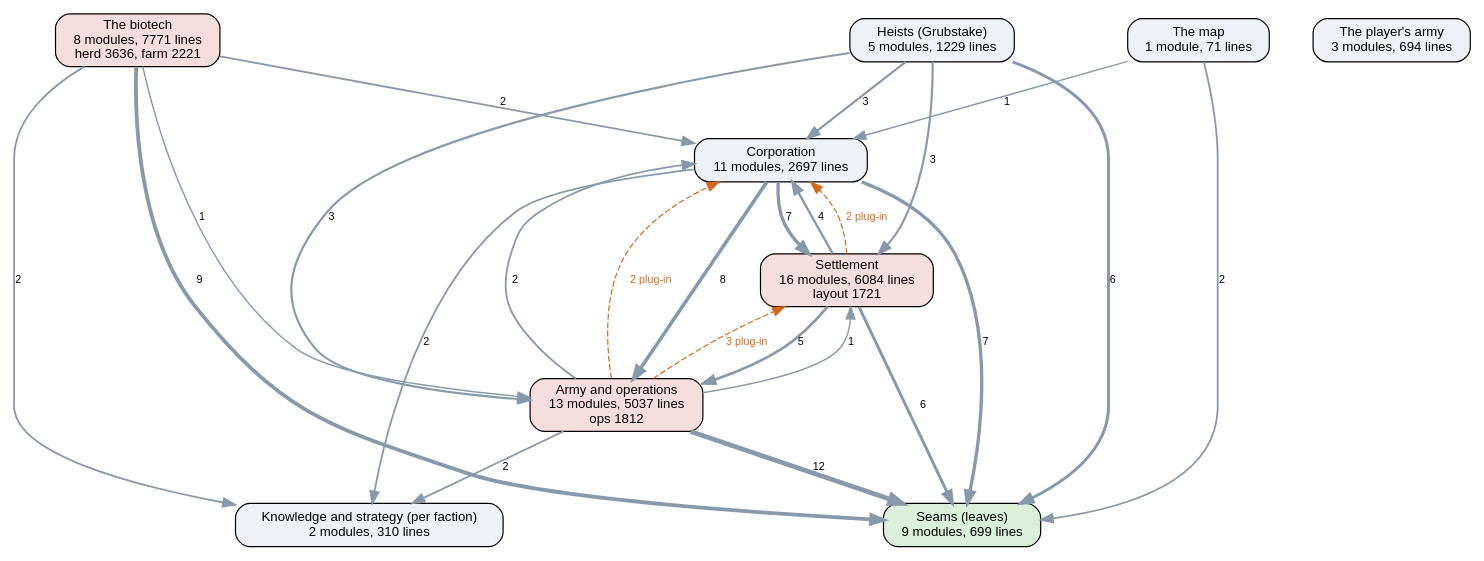
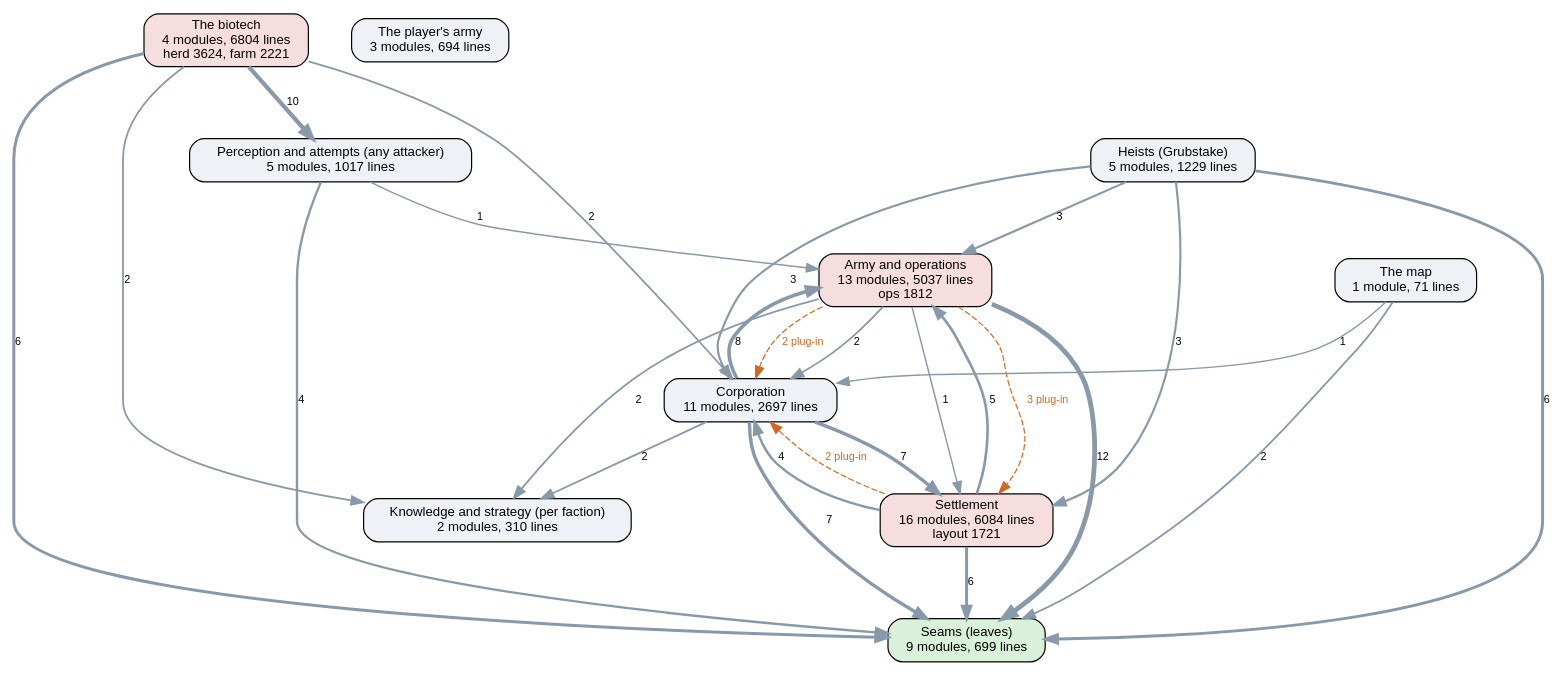
The diagram in docs/ai-layers.dot (kinelhu/landing-party), drawn with Graphviz before and after one commit. The commit also changed 12 other files, not shown here.

First line of the commit message:
0.2.108: attempt.lua, one record of an attack for every attacker (worth in mediums, the defence met, in as seen from outside); oplog gives every operation's record an attempt block; perception a layer of its own; the first contract check

```diff
--- a/docs/ai-layers.dot
+++ b/docs/ai-layers.dot
@@ -1,38 +1,41 @@
 digraph layers {
   graph [rankdir=TB, fontname="Helvetica", nodesep=0.5, ranksep=0.7];
   node [shape=box, style="rounded,filled", fontname="Helvetica", fontsize=11, fillcolor="#eef2f7"];
   edge [color="#8899aa", fontname="Helvetica", fontsize=9];
   "Seams (leaves)" [label="Seams (leaves)\n9 modules, 699 lines", fillcolor="#d9f0d9"];
+  "Perception and attempts (any attacker)" [label="Perception and attempts (any attacker)\n5 modules, 1017 lines", fillcolor="#eef2f7"];
   "Knowledge and strategy (per faction)" [label="Knowledge and strategy (per faction)\n2 modules, 310 lines", fillcolor="#eef2f7"];
   "Corporation" [label="Corporation\n11 modules, 2697 lines", fillcolor="#eef2f7"];
   "Settlement" [label="Settlement\n16 modules, 6084 lines\nlayout 1721", fillcolor="#f7dede"];
   "Army and operations" [label="Army and operations\n13 modules, 5037 lines\nops 1812", fillcolor="#f7dede"];
   "Heists (Grubstake)" [label="Heists (Grubstake)\n5 modules, 1229 lines", fillcolor="#eef2f7"];
-  "The biotech" [label="The biotech\n8 modules, 7771 lines\nherd 3636, farm 2221", fillcolor="#f7dede"];
+  "The biotech" [label="The biotech\n4 modules, 6804 lines\nherd 3624, farm 2221", fillcolor="#f7dede"];
   "The map" [label="The map\n1 module, 71 lines", fillcolor="#eef2f7"];
   "The player's army" [label="The player's army\n3 modules, 694 lines", fillcolor="#eef2f7"];
   "Army and operations" -> "Corporation" [label="2", penwidth=1.5];
   "Army and operations" -> "Knowledge and strategy (per faction)" [label="2", penwidth=1.5];
   "Army and operations" -> "Seams (leaves)" [label="12", penwidth=4.0];
   "Army and operations" -> "Settlement" [label="1", penwidth=1.2];
   "Corporation" -> "Army and operations" [label="8", penwidth=3.0];
   "Corporation" -> "Knowledge and strategy (per faction)" [label="2", penwidth=1.5];
   "Corporation" -> "Seams (leaves)" [label="7", penwidth=2.8];
   "Corporation" -> "Settlement" [label="7", penwidth=2.8];
   "Heists (Grubstake)" -> "Army and operations" [label="3", penwidth=1.8];
   "Heists (Grubstake)" -> "Corporation" [label="3", penwidth=1.8];
   "Heists (Grubstake)" -> "Seams (leaves)" [label="6", penwidth=2.5];
   "Heists (Grubstake)" -> "Settlement" [label="3", penwidth=1.8];
+  "Perception and attempts (any attacker)" -> "Army and operations" [label="1", penwidth=1.2];
+  "Perception and attempts (any attacker)" -> "Seams (leaves)" [label="4", penwidth=2.0];
   "Settlement" -> "Army and operations" [label="5", penwidth=2.2];
   "Settlement" -> "Corporation" [label="4", penwidth=2.0];
   "Settlement" -> "Seams (leaves)" [label="6", penwidth=2.5];
-  "The biotech" -> "Army and operations" [label="1", penwidth=1.2];
   "The biotech" -> "Corporation" [label="2", penwidth=1.5];
   "The biotech" -> "Knowledge and strategy (per faction)" [label="2", penwidth=1.5];
-  "The biotech" -> "Seams (leaves)" [label="9", penwidth=3.2];
+  "The biotech" -> "Perception and attempts (any attacker)" [label="10", penwidth=3.5];
+  "The biotech" -> "Seams (leaves)" [label="6", penwidth=2.5];
   "The map" -> "Corporation" [label="1", penwidth=1.2];
   "The map" -> "Seams (leaves)" [label="2", penwidth=1.5];
   "Army and operations" -> "Corporation" [style=dashed, color="#d2691e", fontcolor="#d2691e", label="2 plug-in"];
   "Army and operations" -> "Settlement" [style=dashed, color="#d2691e", fontcolor="#d2691e", label="3 plug-in"];
   "Settlement" -> "Corporation" [style=dashed, color="#d2691e", fontcolor="#d2691e", label="2 plug-in"];
 }
```
